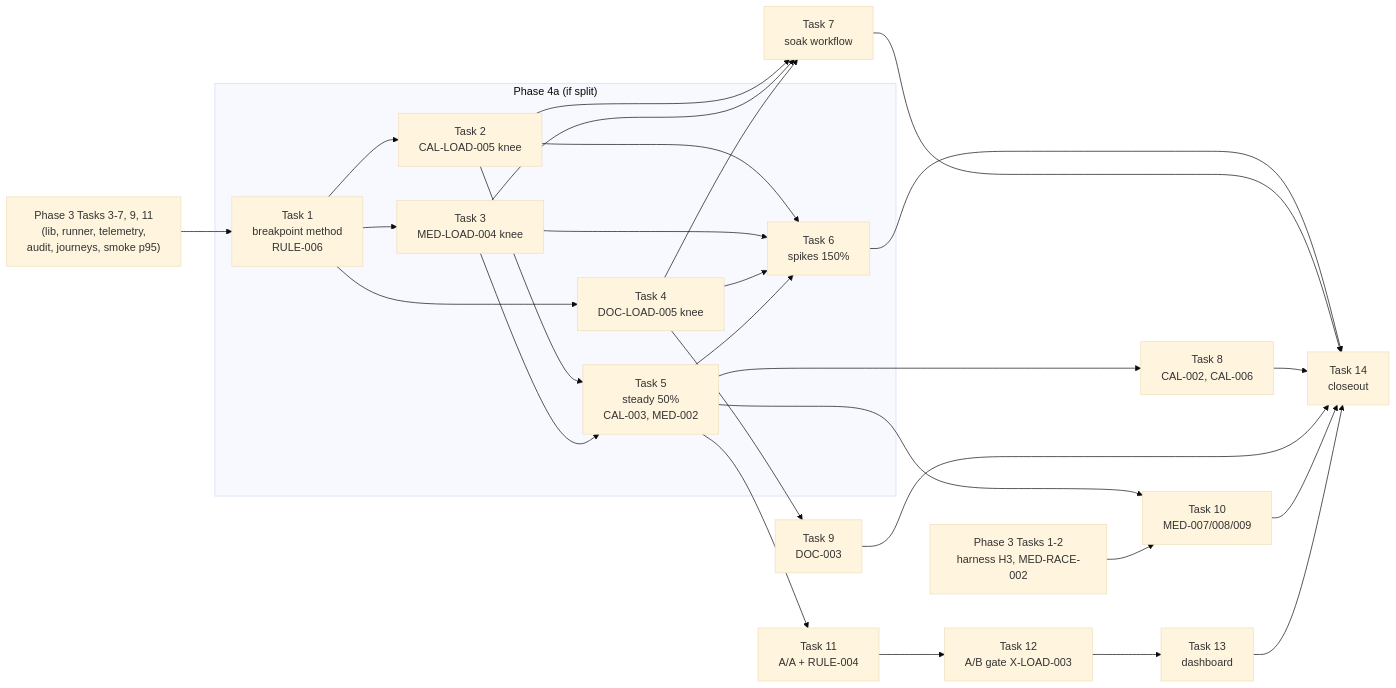
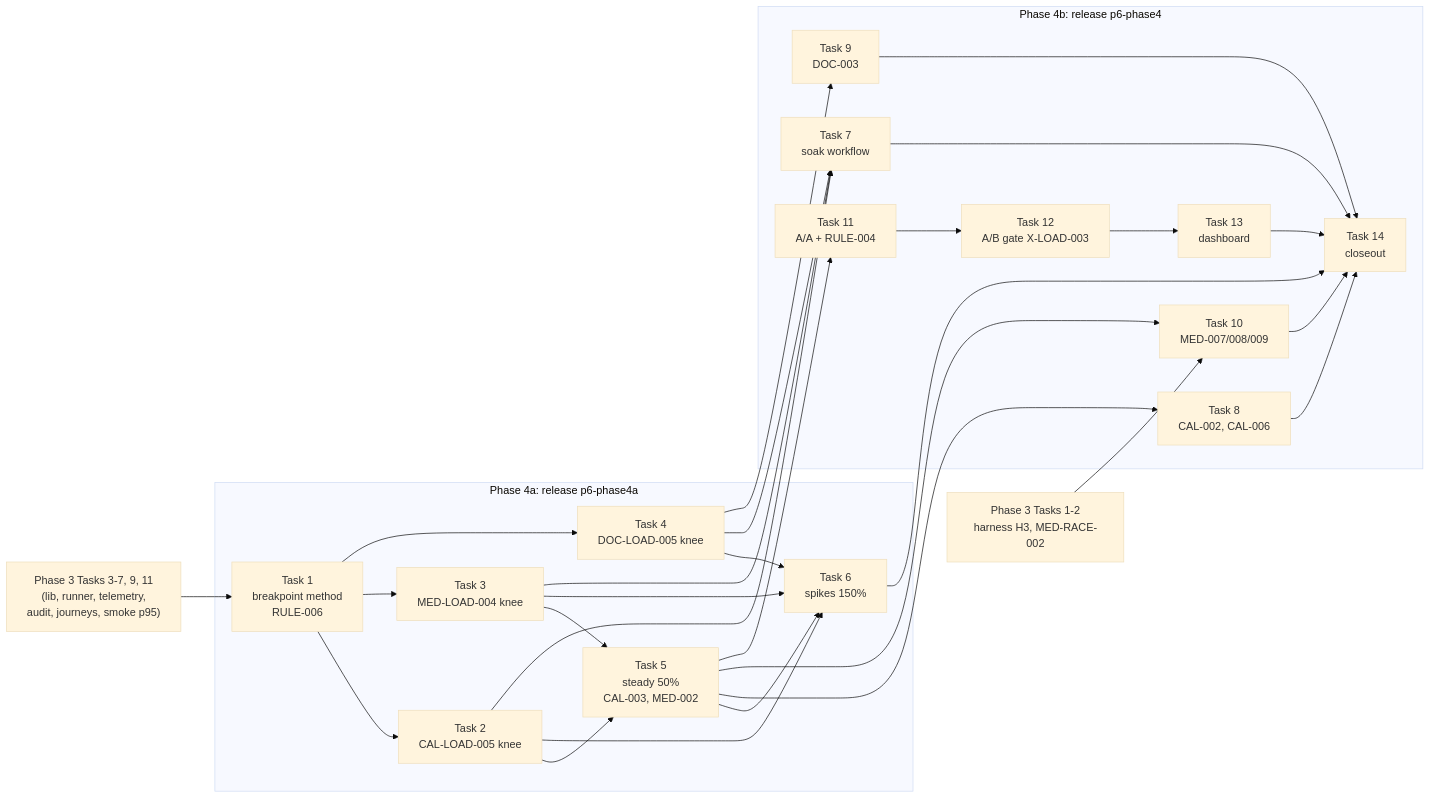
The diagram in docs/plans/2026-10-22-p6-phase4-roadmap.md (Jayami123/k6-load-concurrency-suite), drawn with Mermaid (base theme) before and after one commit. The commit also changed other lines of this file, not shown here.

Commit message:
docs: record p6 phase 4 roadmap decisions

````diff
--- a/docs/plans/2026-10-22-p6-phase4-roadmap.md
+++ b/docs/plans/2026-10-22-p6-phase4-roadmap.md
@@ -195,37 +202,47 @@
 ```mermaid
 flowchart LR
   P3["Phase 3 Tasks 3-7, 9, 11<br/>(lib, runner, telemetry,<br/>audit, journeys, smoke p95)"] --> T1["Task 1<br/>breakpoint method<br/>RULE-006"]
   T1 --> T2["Task 2<br/>CAL-LOAD-005 knee"]
   T1 --> T3["Task 3<br/>MED-LOAD-004 knee"]
   T1 --> T4["Task 4<br/>DOC-LOAD-005 knee"]
   T2 --> T5["Task 5<br/>steady 50%<br/>CAL-003, MED-002"]
   T3 --> T5
   T2 --> T6["Task 6<br/>spikes 150%"]
   T3 --> T6
   T4 --> T6
   T5 --> T6
   T2 --> T7["Task 7<br/>soak workflow"]
   T3 --> T7
   T4 --> T7
   T5 --> T8["Task 8<br/>CAL-002, CAL-006"]
   T4 --> T9["Task 9<br/>DOC-003"]
   T5 --> T10["Task 10<br/>MED-007/008/009"]
   P3H["Phase 3 Tasks 1-2<br/>harness H3, MED-RACE-002"] --> T10
   T5 --> T11["Task 11<br/>A/A + RULE-004"]
   T11 --> T12["Task 12<br/>A/B gate X-LOAD-003"]
   T12 --> T13["Task 13<br/>dashboard"]
   T6 --> T14["Task 14<br/>closeout"]
   T7 --> T14
   T8 --> T14
   T9 --> T14
   T10 --> T14
   T13 --> T14
-  subgraph p4a["Phase 4a (if split)"]
+  subgraph p4a["Phase 4a: release p6-phase4a"]
     T1
     T2
     T3
     T4
     T5
     T6
   end
+  subgraph p4b["Phase 4b: release p6-phase4"]
+    T7
+    T8
+    T9
+    T10
+    T11
+    T12
+    T13
+    T14
+  end
 ```
````
